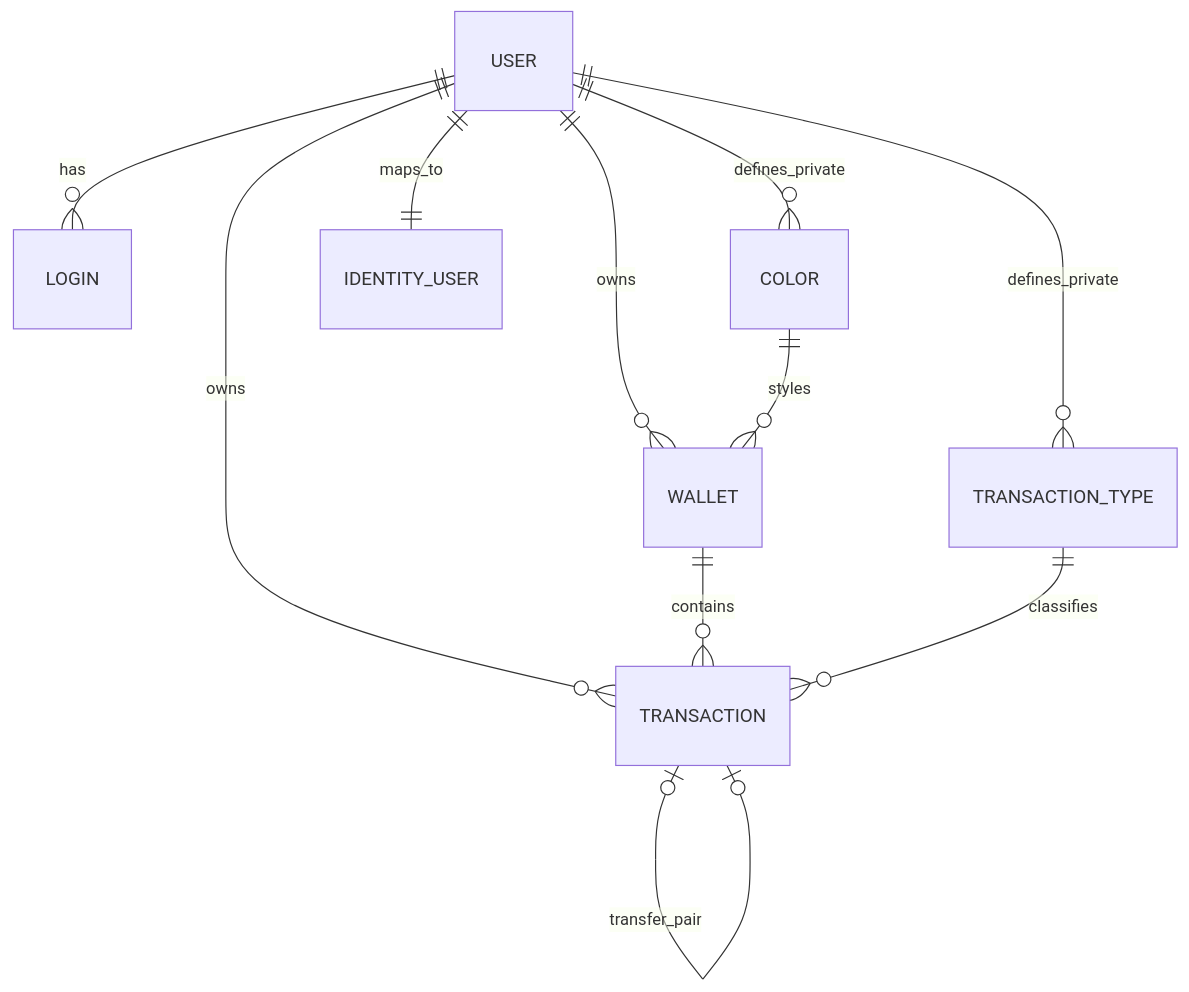
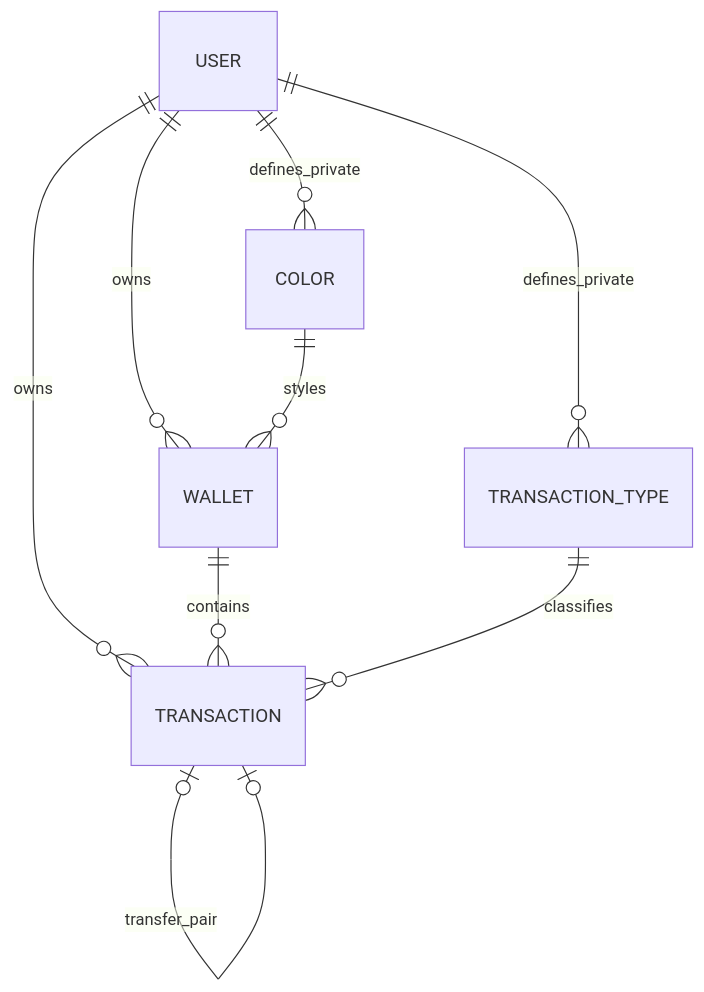
One commit to dadolaga/MoneyGestor changed the diagram in backend/docs/08-database-and-business-rules.md. Above: the diagram before and after it, drawn with Mermaid. The commit also changed other lines of this file and 88 other files, not shown here.

````diff
--- a/backend/docs/08-database-and-business-rules.md
+++ b/backend/docs/08-database-and-business-rules.md
@@ -37,13 +35,11 @@
 ```mermaid
 erDiagram
     USER ||--o{ WALLET : owns
     USER ||--o{ TRANSACTION : owns
-    USER ||--o{ LOGIN : has
     USER ||--o{ COLOR : defines_private
     USER ||--o{ TRANSACTION_TYPE : defines_private
     WALLET ||--o{ TRANSACTION : contains
     COLOR ||--o{ WALLET : styles
     TRANSACTION_TYPE ||--o{ TRANSACTION : classifies
     TRANSACTION o|--o| TRANSACTION : transfer_pair
-    USER ||--|| IDENTITY_USER : maps_to
 ```
````
